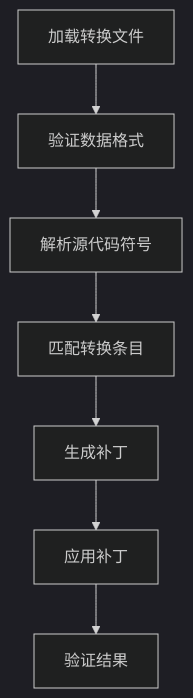
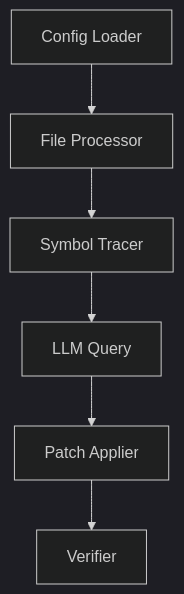
Before and after one commit to maliubiao/treehouse: the diagram in gpt_workflow/code_trace/DESIGN.md, drawn with Mermaid (dark theme). The commit also changed other lines of this file and 2 other files, not shown here.

````diff
--- a/gpt_workflow/code_trace/DESIGN.md
+++ b/gpt_workflow/code_trace/DESIGN.md
@@ -35,9 +5,8 @@
 ```mermaid
 graph TD
-    A[加载转换文件] --> B[验证数据格式]
-    B --> C[解析源代码符号]
-    C --> D[匹配转换条目]
-    D --> E[生成补丁]
-    E --> F[应用补丁]
-    F --> G[验证结果]
+    A[Config Loader] --> B[File Processor]
+    B --> C[Symbol Tracer]
+    C --> D[LLM Query]
+    D --> E[Patch Applier]
+    E --> F[Verifier]
 ```
````
